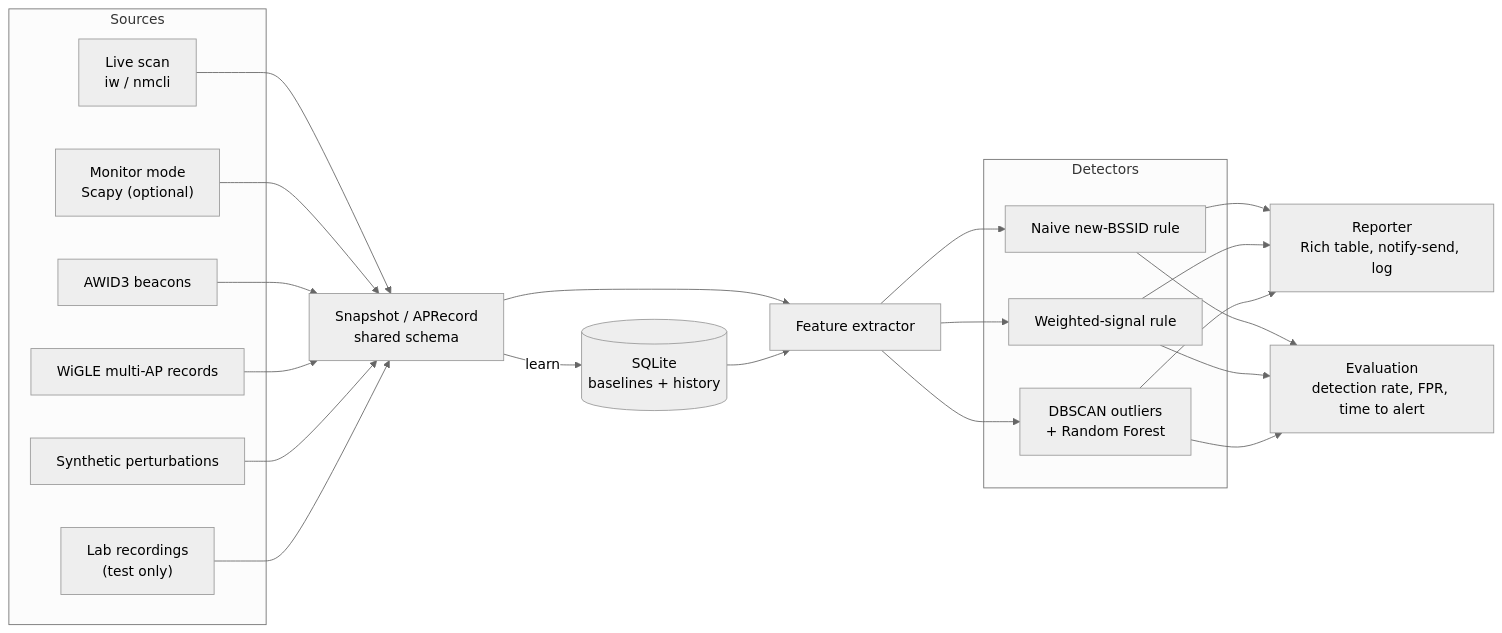
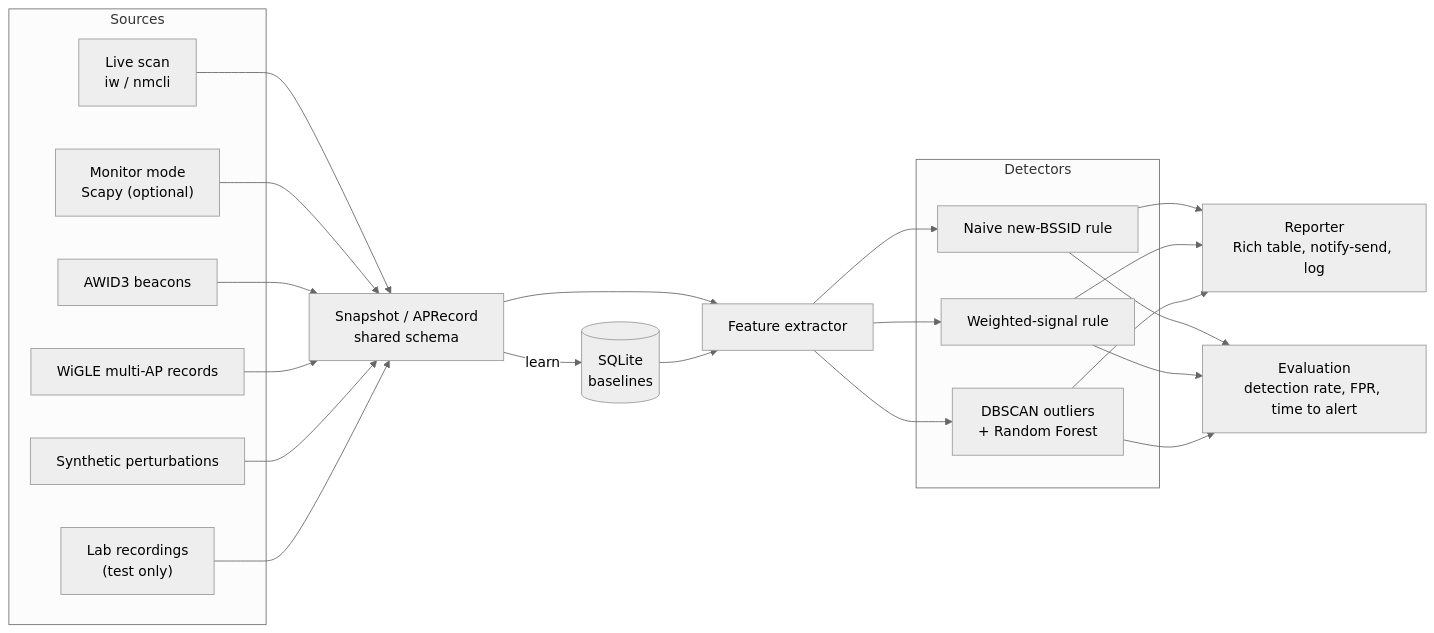
The diagram in README.md (Munam32/EvilTwin), drawn with Mermaid (neutral theme) before and after one commit. The commit also changed other lines of this file and 10 other files, not shown here.

Commit message:
feat: learn mode, SQLite baselines, naive and weighted detectors, watch alerts, replay

````diff
--- a/README.md
+++ b/README.md
@@ -29,37 +29,37 @@
 ```mermaid
 flowchart LR
     subgraph Sources
         LIVE["Live scan<br/>iw / nmcli"]
         MON["Monitor mode<br/>Scapy (optional)"]
         AWID["AWID3 beacons"]
         WIGLE["WiGLE multi-AP records"]
         SYN["Synthetic perturbations"]
         LAB["Lab recordings<br/>(test only)"]
     end
 
     SNAP["Snapshot / APRecord<br/>shared schema"]
-    STORE[("SQLite<br/>baselines + history")]
+    STORE[("SQLite<br/>baselines")]
     FEAT["Feature extractor"]
 
     subgraph Detectors
         NAIVE["Naive new-BSSID rule"]
         WEIGHT["Weighted-signal rule"]
         ML["DBSCAN outliers<br/>+ Random Forest"]
     end
 
     REPORT["Reporter<br/>Rich table, notify-send, log"]
     EVAL["Evaluation<br/>detection rate, FPR, time to alert"]
 
     LIVE --> SNAP
     MON --> SNAP
     AWID --> SNAP
     WIGLE --> SNAP
     SYN --> SNAP
     LAB --> SNAP
     SNAP -- learn --> STORE
     SNAP --> FEAT
     STORE --> FEAT
     FEAT --> NAIVE & WEIGHT & ML
     NAIVE & WEIGHT & ML --> REPORT
     NAIVE & WEIGHT & ML --> EVAL
 ```
````
